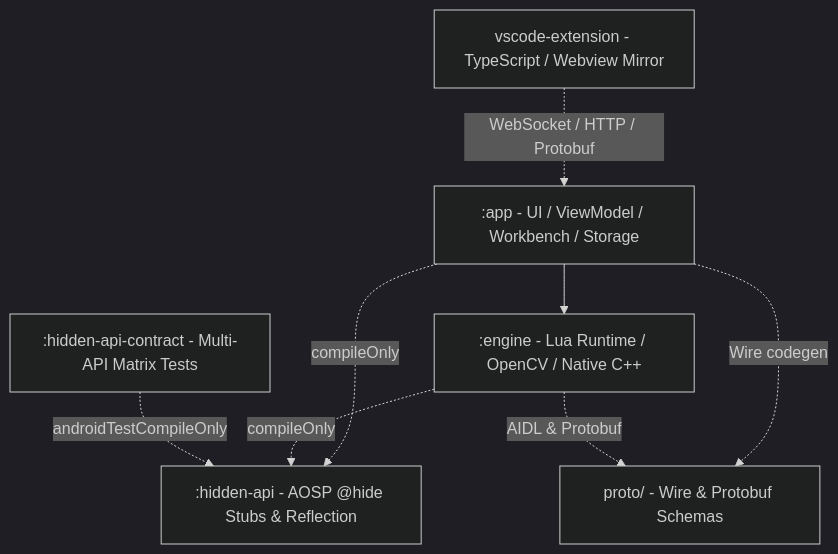
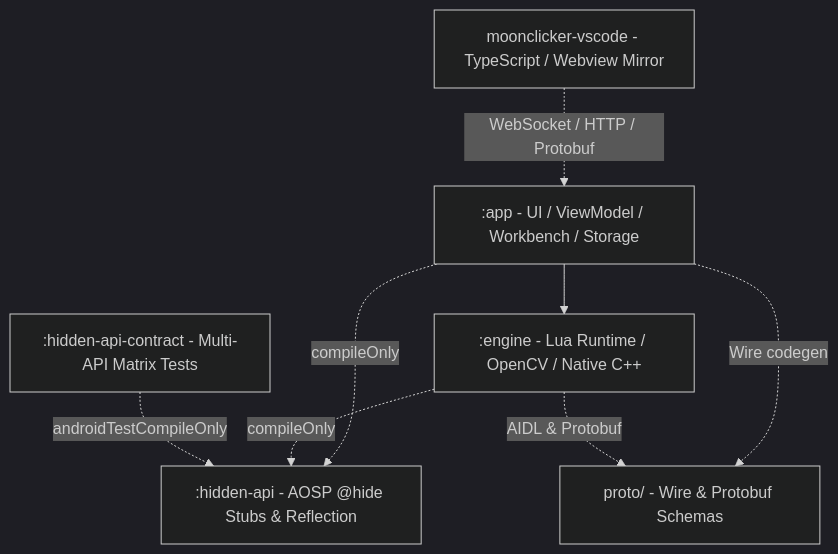
Before and after one commit to kuomartin/MoonClicker: the diagram in docs/architecture/implementation-guide.md, drawn with Mermaid (dark theme). The commit also changed other lines of this file and 77 other files, not shown here.

Commit message:
擴充套件移到 kuomartin/moonclicker-vscode (#220)

````diff
--- a/docs/architecture/implementation-guide.md
+++ b/docs/architecture/implementation-guide.md
@@ -11,17 +11,17 @@
 ```mermaid
 graph TD
     App[:app - UI / ViewModel / Workbench / Storage]
     Engine[:engine - Lua Runtime / OpenCV / Native C++]
     HiddenStub[:hidden-api - AOSP @hide Stubs & Reflection]
     HiddenContract[:hidden-api-contract - Multi-API Matrix Tests]
-    VSCode[vscode-extension - TypeScript / Webview Mirror]
+    VSCode[moonclicker-vscode - TypeScript / Webview Mirror]
     Proto[proto/ - Wire & Protobuf Schemas]
 
     App --> Engine
     App -.->|compileOnly| HiddenStub
     Engine -.->|compileOnly| HiddenStub
     HiddenContract -.->|androidTestCompileOnly| HiddenStub
     App -.->|Wire codegen| Proto
     Engine -.->|AIDL & Protobuf| Proto
     VSCode -.->|WebSocket / HTTP / Protobuf| App
 ```
````
